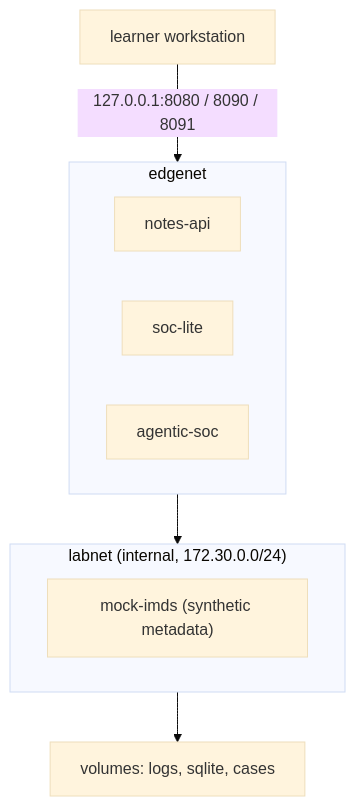
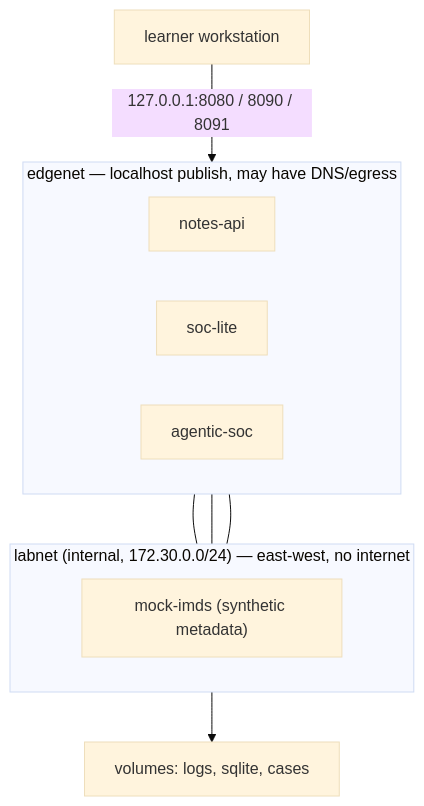
Before and after one commit to sanketn26/learn-security: the diagram in docs/lab-guide.md, drawn with Mermaid (base theme). The commit also changed other lines of this file and 40 other files, not shown here.

````diff
--- a/docs/lab-guide.md
+++ b/docs/lab-guide.md
@@ -12,19 +12,21 @@
 ```mermaid
 flowchart TB
     workstation["learner workstation"] -- "127.0.0.1:8080 / 8090 / 8091" --> edgenet
 
-    subgraph edgenet["edgenet"]
+    subgraph edgenet["edgenet — localhost publish, may have DNS/egress"]
         direction LR
         api["notes-api"]
         soc["soc-lite"]
         agent["agentic-soc"]
     end
 
-    edgenet --> labnet
+    api --- labnet
+    soc --- labnet
+    agent --- labnet
 
-    subgraph labnet["labnet (internal, 172.30.0.0/24)"]
+    subgraph labnet["labnet (internal, 172.30.0.0/24) — east-west, no internet"]
         imds["mock-imds (synthetic metadata)"]
     end
 
     labnet --> volumes["volumes: logs, sqlite, cases"]
 ```
````
